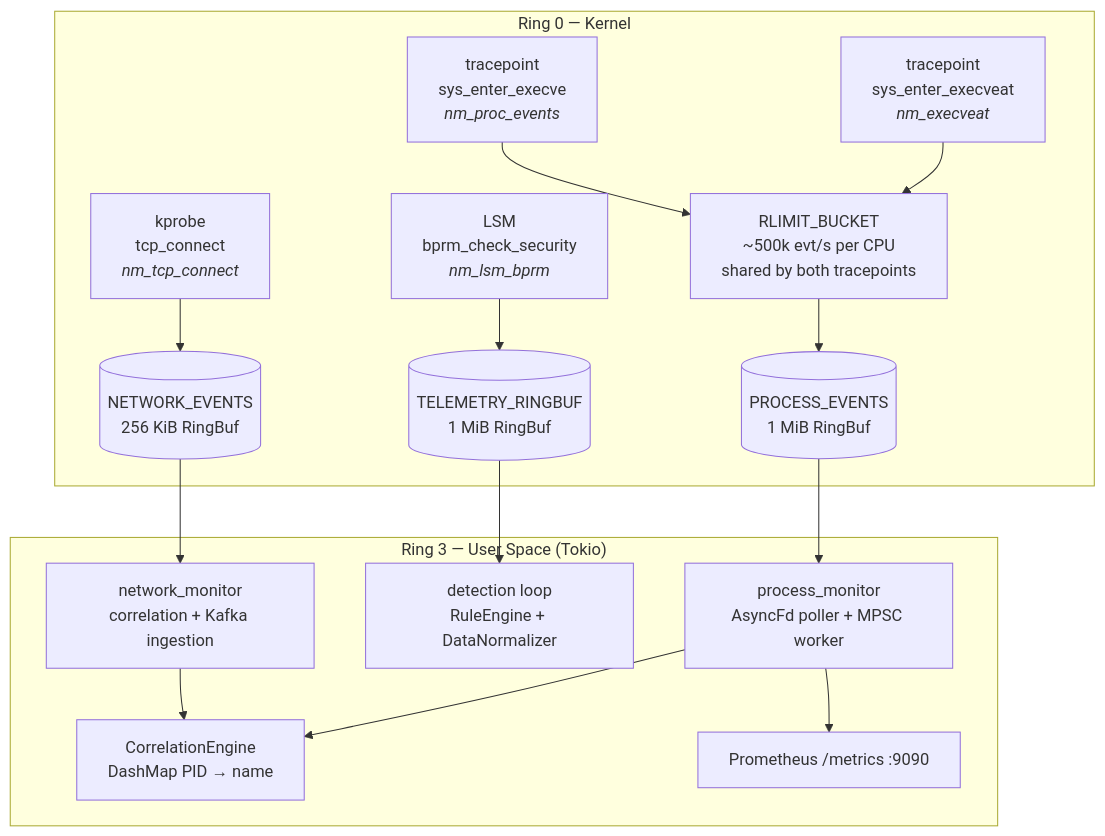
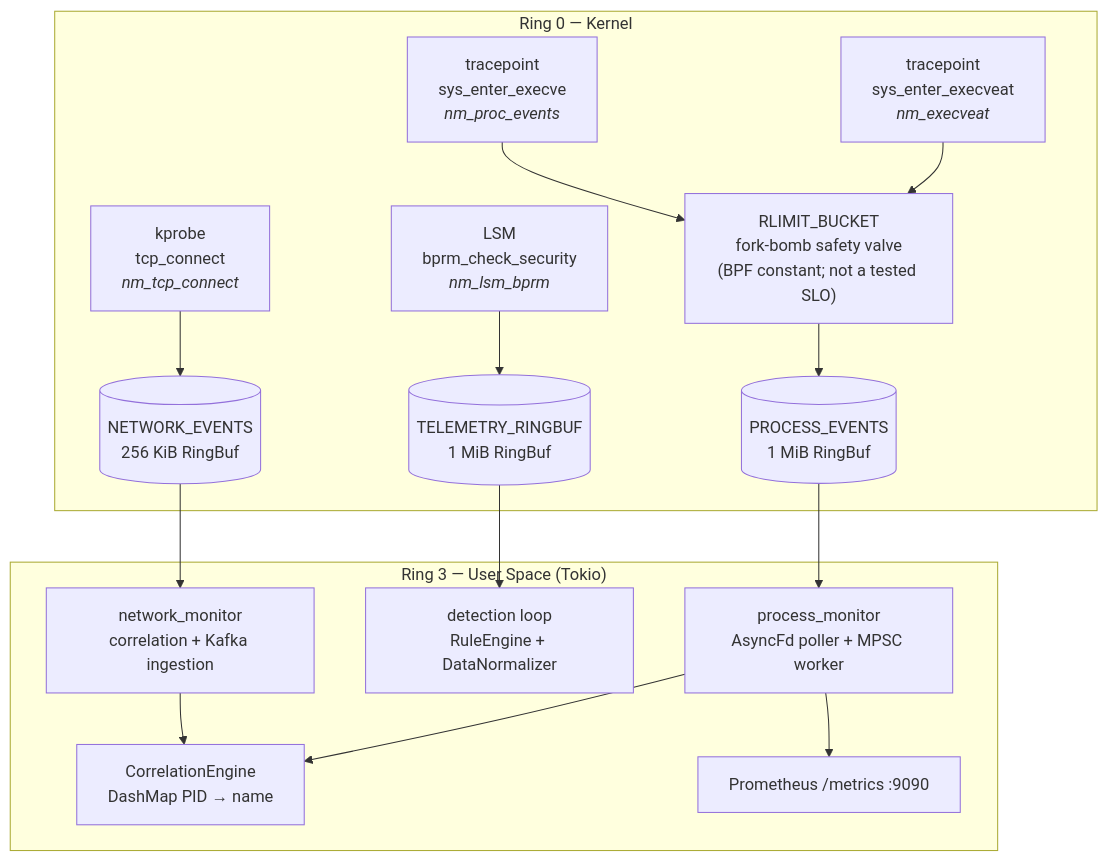
One commit to Neuromesh-Security/neuromesh changed the diagram in README.md. Above: the diagram before and after it, drawn with Mermaid. The commit also changed other lines of this file and 3 other files, not shown here.

First line of the commit message:
docs: record 962 EPS as the tested execve ceiling, not 500k

````diff
--- a/README.md
+++ b/README.md
@@ -46,30 +46,30 @@
 ```mermaid
 flowchart TB
     subgraph kernel["Ring 0 — Kernel"]
         TP["tracepoint<br/>sys_enter_execve<br/><i>nm_proc_events</i>"]
         TPAT["tracepoint<br/>sys_enter_execveat<br/><i>nm_execveat</i>"]
         KP["kprobe<br/>tcp_connect<br/><i>nm_tcp_connect</i>"]
         LSM["LSM<br/>bprm_check_security<br/><i>nm_lsm_bprm</i>"]
         RB1[("PROCESS_EVENTS<br/>1 MiB RingBuf")]
         RB2[("NETWORK_EVENTS<br/>256 KiB RingBuf")]
         RB3[("TELEMETRY_RINGBUF<br/>1 MiB RingBuf")]
-        RL["RLIMIT_BUCKET<br/>~500k evt/s per CPU<br/>shared by both tracepoints"]
+        RL["RLIMIT_BUCKET<br/>fork-bomb safety valve<br/>(BPF constant; not a tested SLO)"]
         TP --> RL
         TPAT --> RL
         RL --> RB1
         KP --> RB2
         LSM --> RB3
     end
 
     subgraph userspace["Ring 3 — User Space (Tokio)"]
         PM["process_monitor<br/>AsyncFd poller + MPSC worker"]
         NM["network_monitor<br/>correlation + Kafka ingestion"]
         DET["detection loop<br/>RuleEngine + DataNormalizer"]
         CORR["CorrelationEngine<br/>DashMap PID → name"]
         MET["Prometheus /metrics :9090"]
         RB1 --> PM --> CORR
         RB2 --> NM --> CORR
         RB3 --> DET
         PM --> MET
     end
 ```
````
